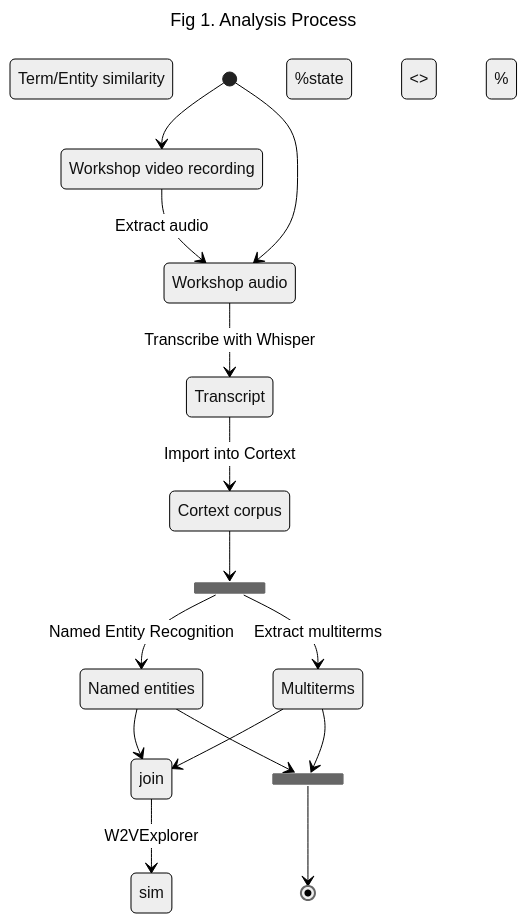
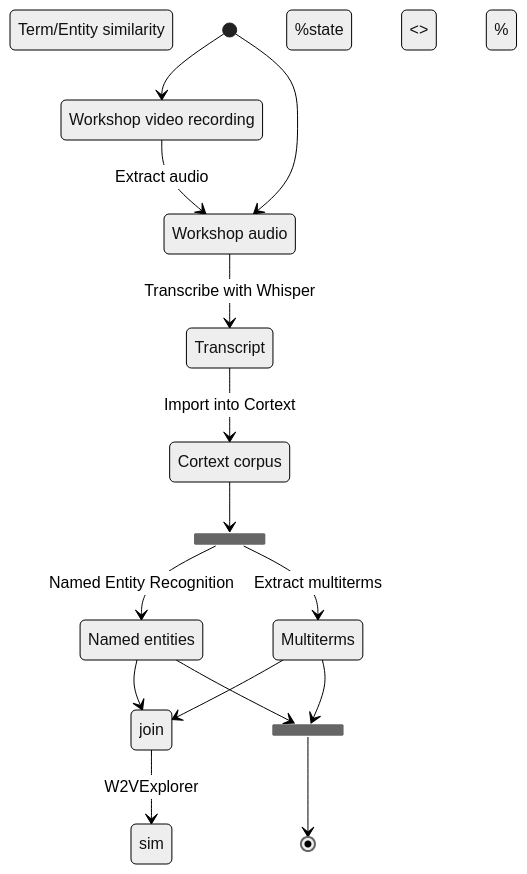
Before and after one commit to VCityTeam/PEPR-VDBI: the diagram in data-visualization/src/pages/reports/js-2025-workshop-analysis-fr.md, drawn with Mermaid. The commit also changed other lines of this file and 15 other files, not shown here.

````diff
--- a/data-visualization/src/pages/reports/js-2025-workshop-analysis-fr.md
+++ b/data-visualization/src/pages/reports/js-2025-workshop-analysis-fr.md
@@ -122,38 +125,37 @@
 ```mermaid
 ---
-title: "Fig 1. Analysis Process"
 config:
   theme: neutral
 ---
 
 stateDiagram-v2
 
   %%direction LR
 
   video     : Workshop video recording
   audio     : Workshop audio
   corpus    : Cortext corpus
   entities  : Named entities
   %sim       : Term/Entity similarity
 
   [*] --> video
   [*] --> audio
   video --> audio       : Extract audio
   audio --> Transcript  : Transcribe with Whisper
   Transcript --> corpus         : Import into Cortext
 
   state fork2 <<fork>>
     corpus --> fork2
     fork2 --> entities    : Named Entity Recognition
     fork2 --> Multiterms  : Extract multiterms
 
   %state join <<join>>
   %  Multiterms --> join
   %  entities --> join
   %  join --> sim : W2VExplorer
 
   state join2 <<join>>
     entities --> join2
     Multiterms --> join2
     join2 --> [*]
 ```
````
